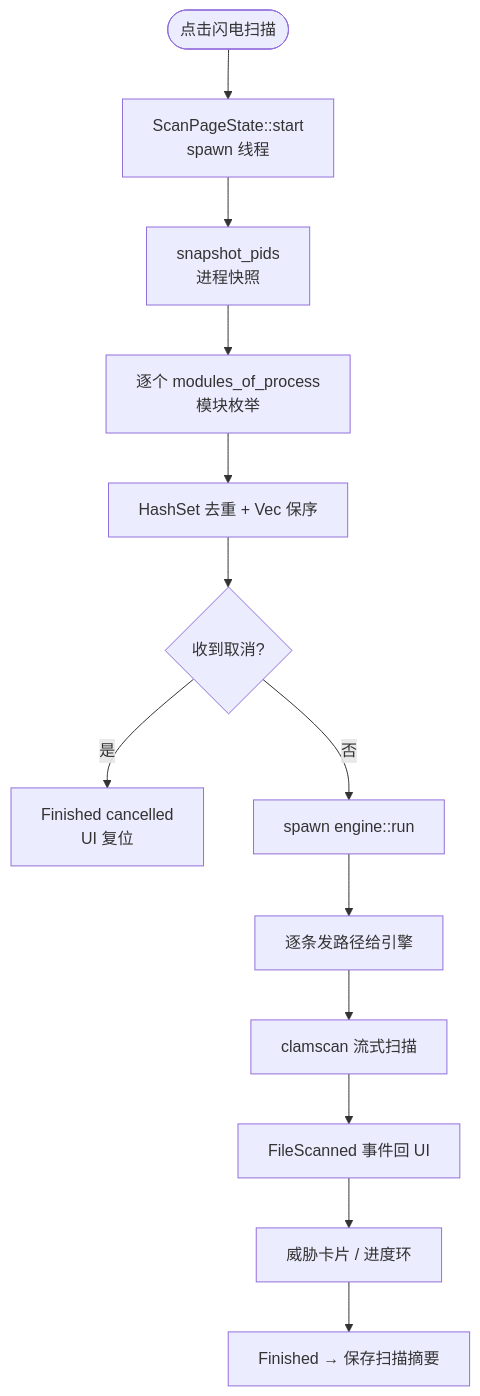
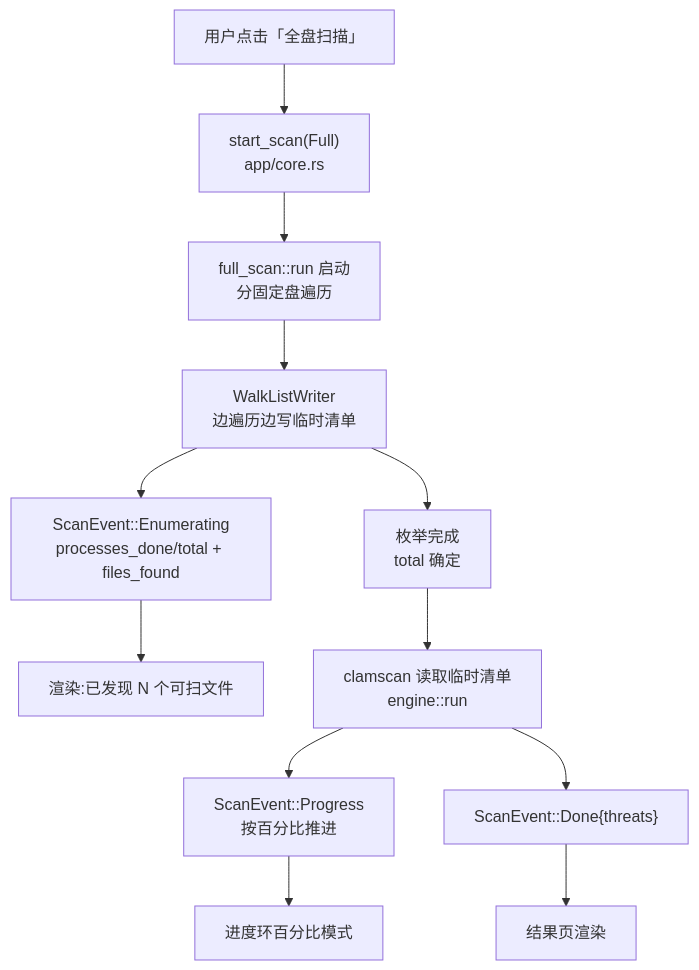
The third of 7 diagrams in .terrain/human/3.工作流.md (sopaco/CLV3000), drawn with Mermaid before and after one commit. The commit also changed other lines of this file and 11 other files, not shown here.

````diff
--- a/.terrain/human/3.工作流.md
+++ b/.terrain/human/3.工作流.md
@@ -49,15 +78,14 @@
 ```mermaid
 flowchart TD
-    Start([点击闪电扫描]) --> A["ScanPageState::start<br/>spawn 线程"]
-    A --> B["snapshot_pids<br/>进程快照"]
-    B --> C["逐个 modules_of_process<br/>模块枚举"]
-    C --> D["HashSet 去重 + Vec 保序"]
-    D --> E{"收到取消?"}
-    E -->|是| F["Finished cancelled<br/>UI 复位"]
-    E -->|否| G["spawn engine::run"]
-    G --> H["逐条发路径给引擎"]
-    H --> I["clamscan 流式扫描"]
-    I --> J["FileScanned 事件回 UI"]
-    J --> K["威胁卡片 / 进度环"]
-    K --> L["Finished → 保存扫描摘要"]
+    A["用户点击「全盘扫描」"] --> B["start_scan(Full)<br/>app/core.rs"]
+    B --> C["full_scan::run 启动<br/>分固定盘遍历"]
+    C --> D["WalkListWriter<br/>边遍历边写临时清单"]
+    D --> E["ScanEvent::Enumerating<br/>processes_done/total + files_found"]
+    E --> F["渲染:已发现 N 个可扫文件"]
+    D --> G["枚举完成<br/>total 确定"]
+    G --> H["clamscan 读取临时清单<br/>engine::run"]
+    H --> I["ScanEvent::Progress<br/>按百分比推进"]
+    I --> J["进度环百分比模式"]
+    H --> K["ScanEvent::Done{threats}"]
+    K --> L["结果页渲染"]
 ```
````
